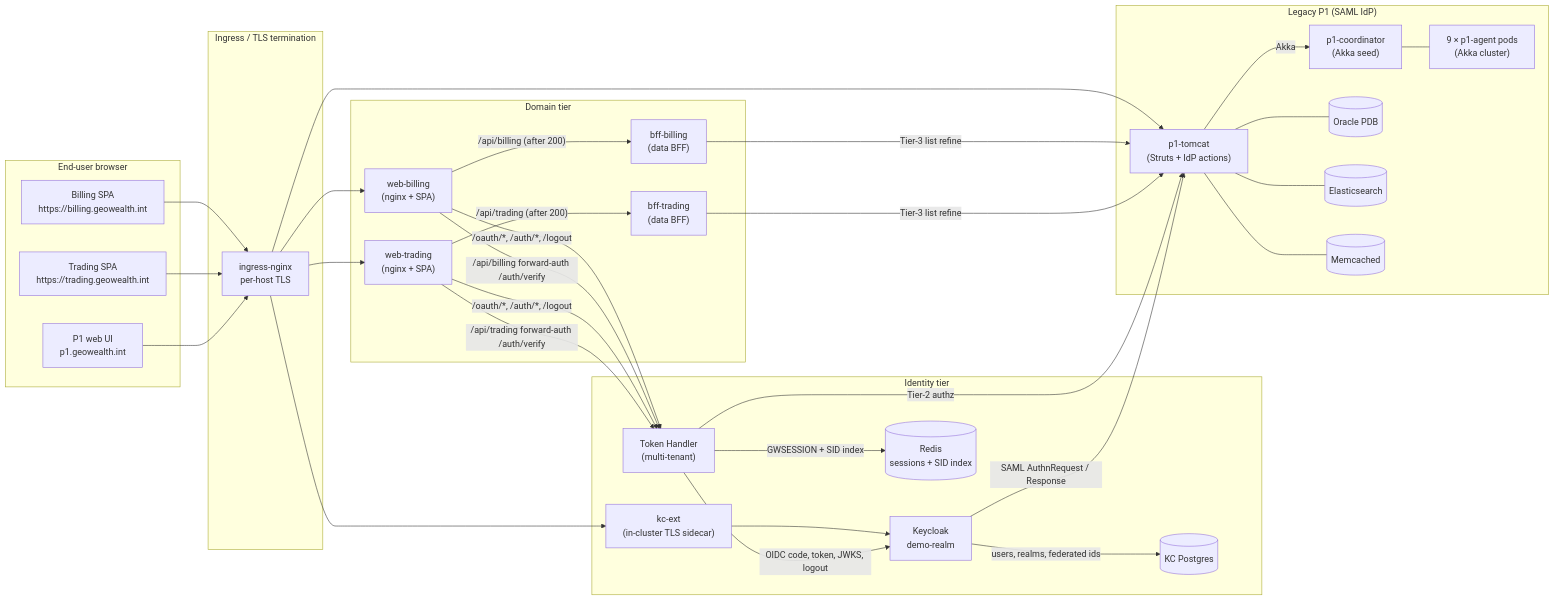
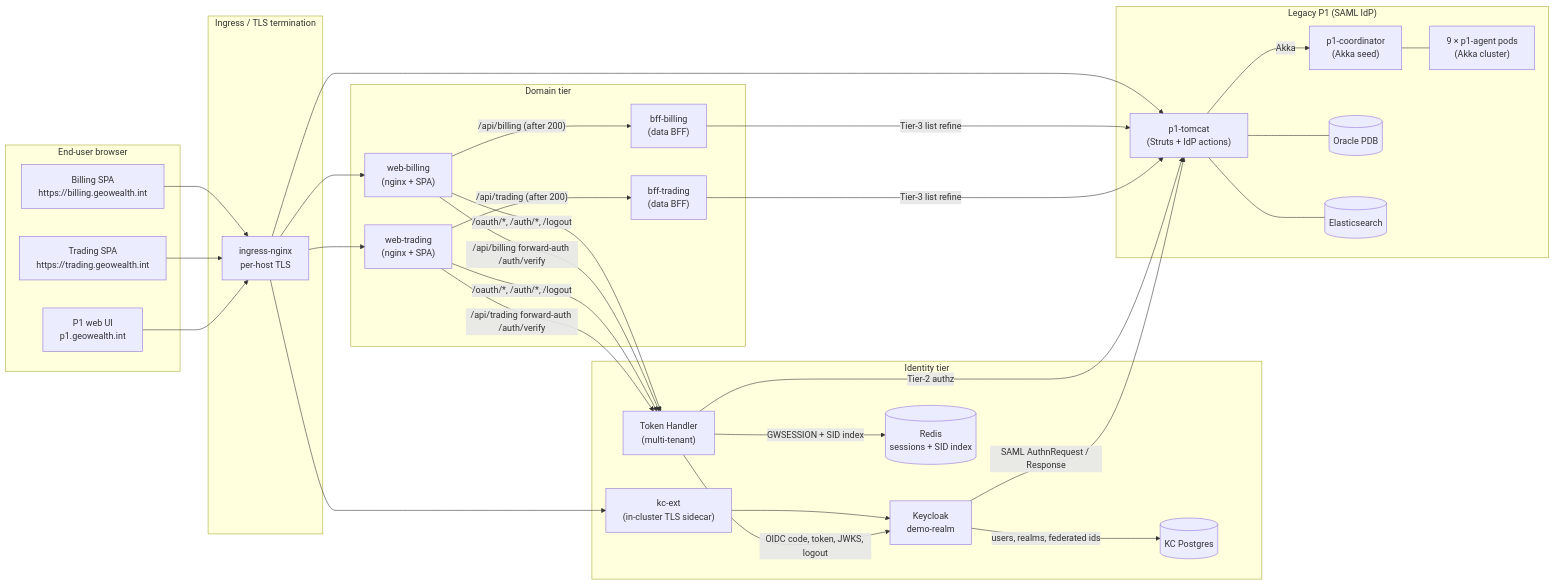
One commit to petarnenov/keycloak-demo changed the first of 2 diagrams in docs/solution-architect/01-architecture-overview.md. Above: the diagram before and after it, drawn with Mermaid. The commit also changed other lines of this file and 19 other files, not shown here.

````diff
--- a/docs/solution-architect/01-architecture-overview.md
+++ b/docs/solution-architect/01-architecture-overview.md
@@ -5,66 +5,64 @@
 ```mermaid
 flowchart LR
     subgraph Browser["End-user browser"]
         spaB["Billing SPA<br/>https://billing.geowealth.int"]
         spaT["Trading SPA<br/>https://trading.geowealth.int"]
         p1ui["P1 web UI<br/>p1.geowealth.int"]
     end
 
     subgraph Edge["Ingress / TLS termination"]
         ingress["ingress-nginx<br/>per-host TLS"]
     end
 
     subgraph Identity["Identity tier"]
         kc["Keycloak<br/>demo-realm"]
         kcext["kc-ext<br/>(in-cluster TLS sidecar)"]
         kcdb[(KC Postgres)]
         th["Token Handler<br/>(multi-tenant)"]
         redis[(Redis<br/>sessions + SID index)]
     end
 
     subgraph Domain["Domain tier"]
         wb["web-billing<br/>(nginx + SPA)"]
         bb["bff-billing<br/>(data BFF)"]
         wt["web-trading<br/>(nginx + SPA)"]
         bt["bff-trading<br/>(data BFF)"]
     end
 
     subgraph P1Tier["Legacy P1 (SAML IdP)"]
         p1tc["p1-tomcat<br/>(Struts + IdP actions)"]
         p1co["p1-coordinator<br/>(Akka seed)"]
         agents["9 × p1-agent pods<br/>(Akka cluster)"]
         oracle[(Oracle PDB)]
         es[(Elasticsearch)]
-        mc[(Memcached)]
     end
 
     spaB --> ingress
     spaT --> ingress
     p1ui --> ingress
     ingress --> wb
     ingress --> wt
     ingress --> kcext --> kc
     ingress --> p1tc
 
     wb -- "/oauth/*, /auth/*, /logout" --> th
     wb -- "/api/billing forward-auth /auth/verify" --> th
     wb -- "/api/billing (after 200)" --> bb
     wt -- "/oauth/*, /auth/*, /logout" --> th
     wt -- "/api/trading forward-auth /auth/verify" --> th
     wt -- "/api/trading (after 200)" --> bt
 
     th -- "OIDC code, token, JWKS, logout" --> kc
     th -- "Tier-2 authz" --> p1tc
     bb -- "Tier-3 list refine" --> p1tc
     bt -- "Tier-3 list refine" --> p1tc
     th -- "GWSESSION + SID index" --> redis
 
     kc -- "SAML AuthnRequest / Response" --> p1tc
     kc -- "users, realms, federated ids" --> kcdb
 
     p1tc -- "Akka" --> p1co
     p1co --- agents
     p1tc --- oracle
     p1tc --- es
-    p1tc --- mc
 ```
````
